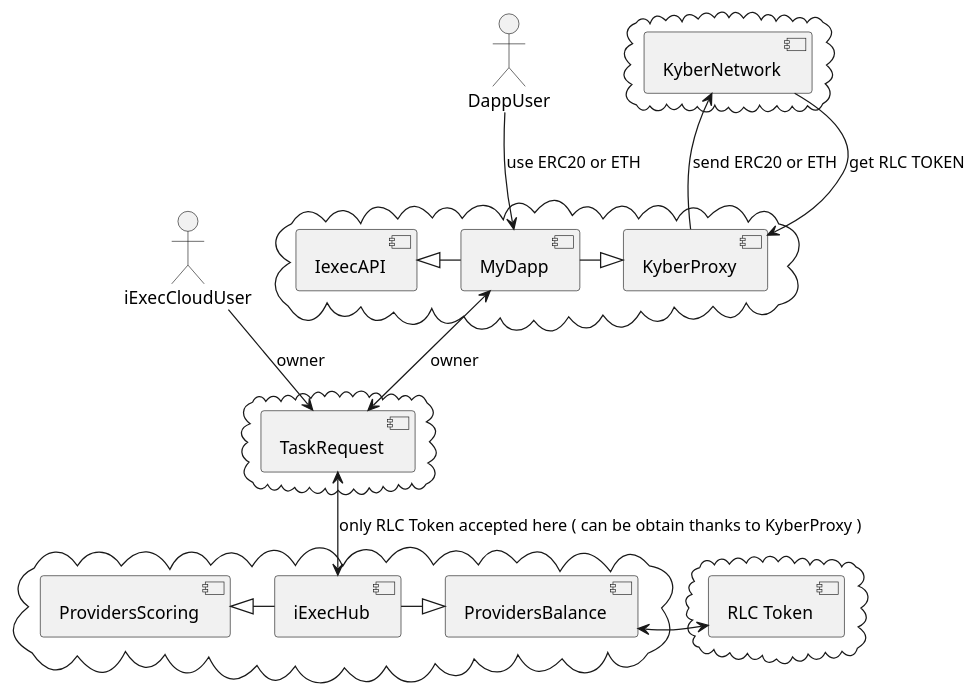
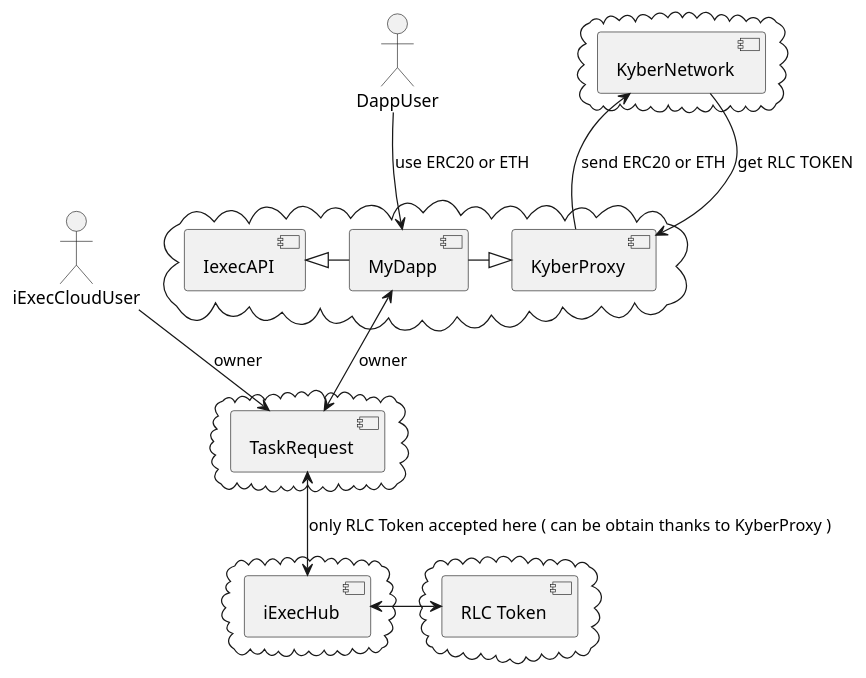
The diagram in uml/ArchitectureV2WithKyberIntegration.puml (iExecBlockchainComputing/PoCo), drawn with PlantUML before and after one commit. The commit also changed 10 other files, not shown here.

Commit message:
update uml without contribution.sol

```diff
--- a/uml/ArchitectureV2WithKyberIntegration.puml
+++ b/uml/ArchitectureV2WithKyberIntegration.puml
@@ -1,68 +1,60 @@
 @startuml
 
 
 :iExecCloudUser:
 
 
 cloud {
   [KyberNetwork]
 }
 
 cloud {
   [MyDapp]
   [IexecAPI]
   [KyberProxy]
 }
 component [MyDapp]
 component [IexecAPI]
 component [KyberProxy]
 [KyberProxy] <|-left-  [MyDapp]
 [IexecAPI] <|-right-  [MyDapp]
 
 KyberProxy -up-> [KyberNetwork]: send ERC20 or ETH
 KyberProxy <-up- [KyberNetwork]: get RLC TOKEN
 
 DappUser -down-> [MyDapp]: use ERC20 or ETH
 
 cloud {
   [TaskRequest]
 }
 
 component [TaskRequest]
 
 MyDapp <-down-> [TaskRequest]: owner
 
 iExecCloudUser -down-> [TaskRequest]: owner
 
 
 
 
 
 cloud {
   [iExecHub]
-  [ProvidersScoring]
-  [ProvidersBalance]
 }
 
 cloud {
   [RLC Token]
 }
-component [ProvidersScoring]
 component [iExecHub]
-component [ProvidersBalance]
 component [RLC Token]
 
 
-[ProvidersBalance] <-right-> [RLC Token]
-
-[ProvidersBalance] <|-left-  [iExecHub]
-[ProvidersScoring] <|-right-  [iExecHub]
-
+[iExecHub] <-right-> [RLC Token]
 
 
 
 [iExecHub] <-up-> [TaskRequest]: only RLC Token accepted here ( can be obtain thanks to KyberProxy )
 
 
 
 @enduml
```
